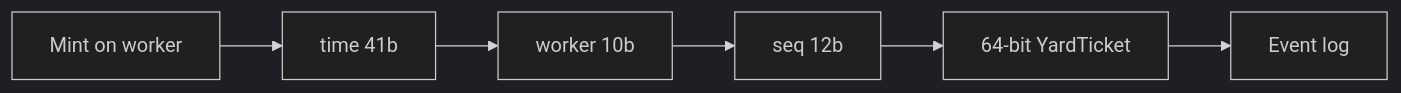
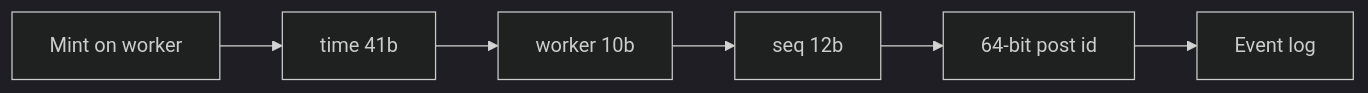
One commit to jdodsoncollins/study-material changed the diagram in lessons/system-design/foundations/unique-ids/viz/bits.md. Above: the diagram before and after it, drawn with Mermaid (dark theme). The commit also changed 51 other files, not shown here.

````diff
--- a/lessons/system-design/foundations/unique-ids/viz/bits.md
+++ b/lessons/system-design/foundations/unique-ids/viz/bits.md
@@ -3,8 +3,8 @@
 ```mermaid
 flowchart LR
   mint[Mint on worker] --> pack[time 41b]
   pack --> worker[worker 10b]
   worker --> seq[seq 12b]
-  seq --> id[64-bit YardTicket]
+  seq --> id[64-bit post id]
   id --> log[Event log]
 ```
````
